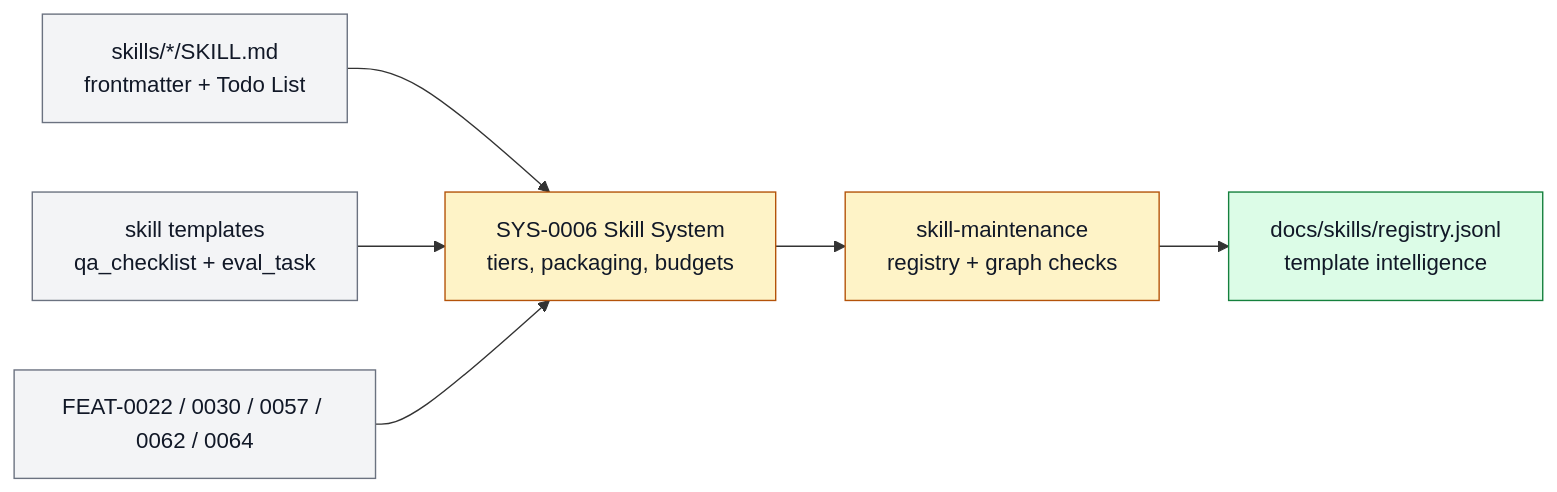
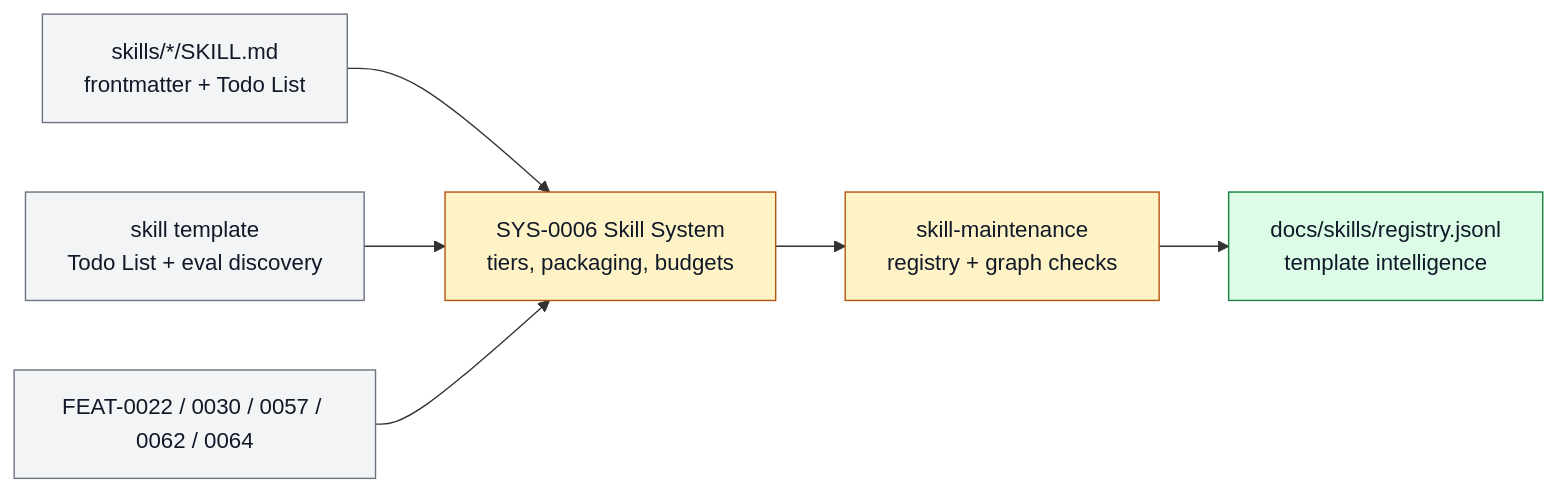
The diagram in docs/systems/skill-system.md (ZanarkandTechnologies/Farplane), drawn with Mermaid before and after one commit. The commit also changed other lines of this file and 234 other files, not shown here.

````diff
--- a/docs/systems/skill-system.md
+++ b/docs/systems/skill-system.md
@@ -102,19 +102,19 @@
 ```mermaid
 flowchart LR
   classDef keep fill:#f3f4f6,stroke:#6b7280,color:#111827
   classDef changed fill:#fef3c7,stroke:#b45309,color:#111827
   classDef added fill:#dcfce7,stroke:#15803d,color:#111827
   classDef retired fill:#fee2e2,stroke:#b91c1c,color:#7f1d1d,stroke-dasharray: 5 3
 
   skill["skills/*/SKILL.md<br/>frontmatter + Todo List"]:::keep
-  templates["skill templates<br/>qa_checklist + eval_task"]:::keep
+  templates["skill template<br/>Todo List + eval discovery"]:::keep
   system["SYS-0006 Skill System<br/>tiers, packaging, budgets"]:::changed
   maintenance["skill-maintenance<br/>registry + graph checks"]:::changed
   registry["docs/skills/registry.jsonl<br/>template intelligence"]:::added
   features["FEAT-0022 / 0030 / 0057 / 0062 / 0064"]:::keep
 
   skill --> system
   templates --> system
   features --> system
   system --> maintenance --> registry
 ```
````
